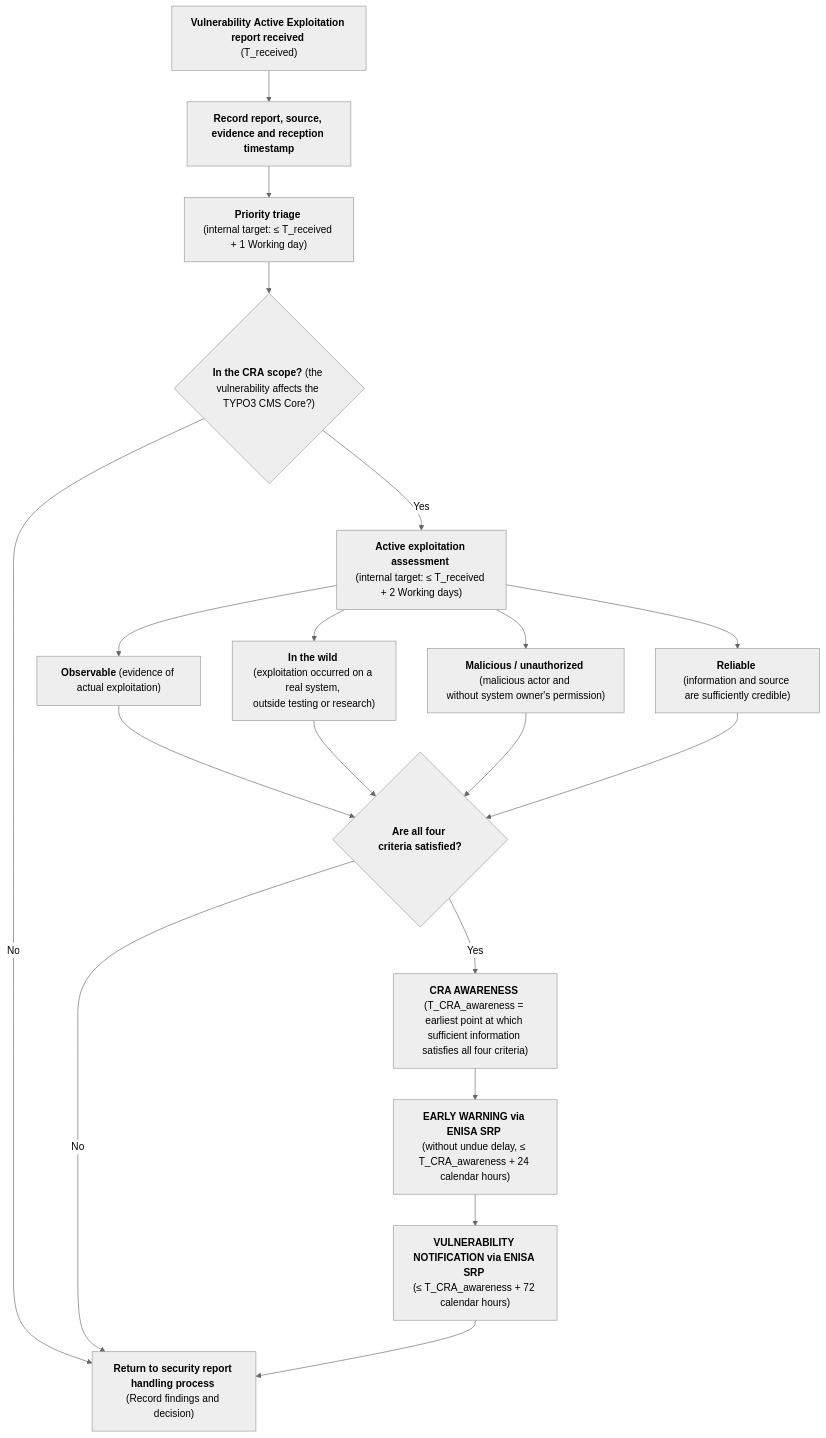
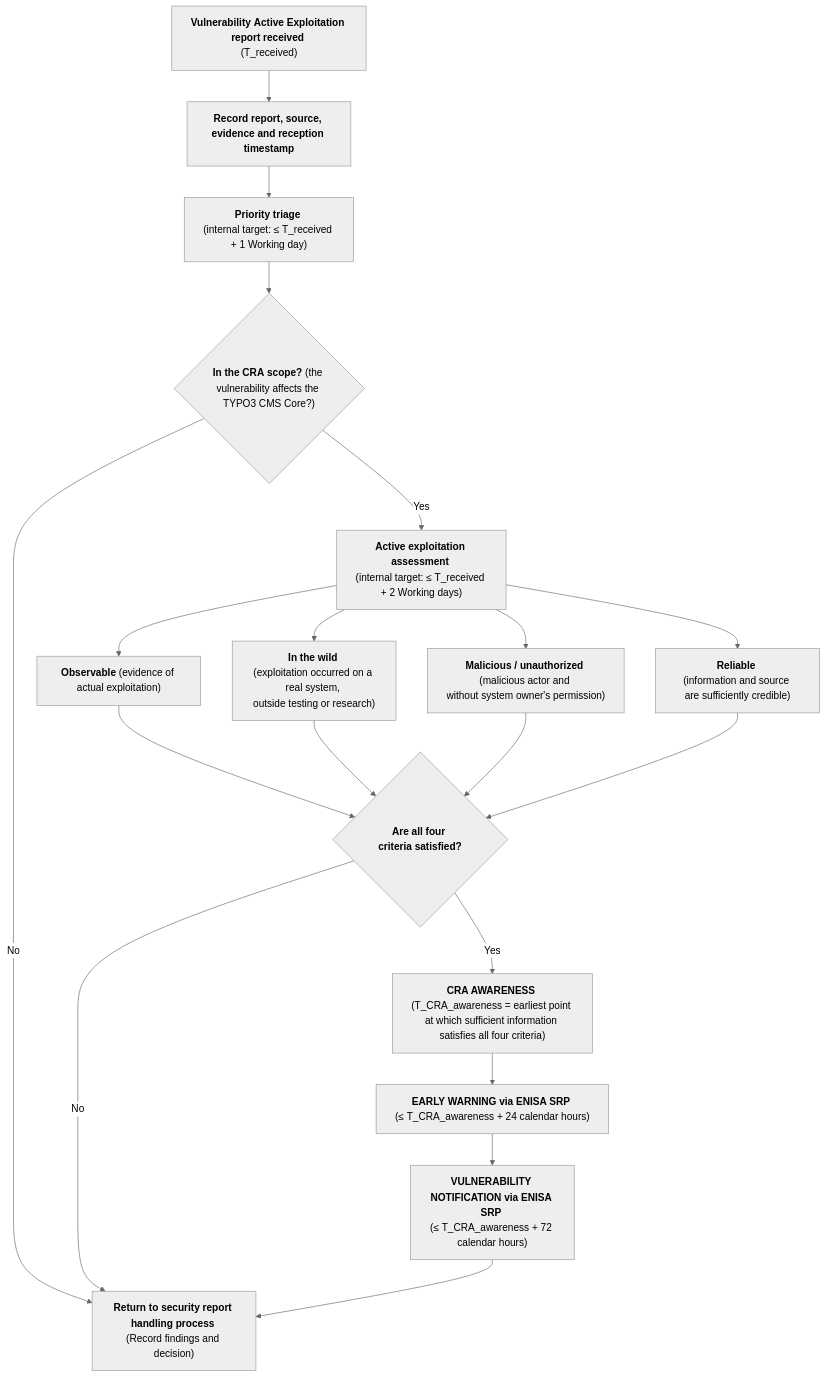
One commit to rfoucard/cra-fast-track changed the diagram in templates/actively-exploited-vulnerability-process.md. Above: the diagram before and after it, drawn with Mermaid (neutral theme).

````diff
--- a/templates/actively-exploited-vulnerability-process.md
+++ b/templates/actively-exploited-vulnerability-process.md
@@ -15,32 +15,32 @@
 ```mermaid
 flowchart TD
 
     A["<strong>Vulnerability&nbsp;Active&nbsp;Exploitation report received</strong> \n(T_received)"] --> B["<strong>Record&nbsp;report,&nbsp;source, evidence and reception timestamp</strong>"]
 
     B --> C["<strong>Priority triage</strong> \n(internal&nbsp;target:&nbsp;≤&nbsp;T_received + 1 Working day)"]
 
     C --> D{"<strong>In&nbsp;the&nbsp;CRA&nbsp;scope?</strong> (the vulnerability affects the TYPO3 CMS Core?)"}
 
     D -- "No" --> X["<strong>Return to security report handling process</strong> \n(Record findings and decision)"]
 
     D -- "Yes" --> E["<strong>Active exploitation assessment</strong> \n(internal&nbsp;target:&nbsp;≤&nbsp;T_received + 2 Working days)"]
 
     E --> F["<strong>Observable</strong> (evidence of actual&nbsp;exploitation)"]
     E --> G["<strong>In the wild</strong> (exploitation&nbsp;occurred on a real system, outside&nbsp;testing&nbsp;or&nbsp;research)"]
     E --> H["<strong>Malicious / unauthorized</strong> (malicious actor and without&nbsp;system&nbsp;owner's&nbsp;permission)"]
     E --> I["<strong>Reliable</strong> (information&nbsp;and&nbsp;source are&nbsp;sufficiently&nbsp;credible)"]
 
     F --> J{"<strong>Are all four criteria&nbsp;satisfied?</strong>"}
     G --> J
     H --> J
     I --> J
 
     J -- "No" --> X
-    J -- "Yes" --> L["<strong>CRA AWARENESS</strong> \n(T_CRA_awareness = earliest point at which sufficient information satisfies all four criteria)"]
+    J -- "Yes" --> L["<strong>CRA AWARENESS</strong> \n(T_CRA_awareness&nbsp;=&nbsp;earliest&nbsp;point at which sufficient information satisfies all four criteria)"]
 
-    L --> M["<strong>EARLY WARNING via ENISA SRP</strong> \n(without undue delay, ≤ T_CRA_awareness + 24 calendar hours)"]
+    L --> M["<strong>EARLY WARNING via ENISA SRP</strong> \n(≤&nbsp;T_CRA_awareness&nbsp;+&nbsp;24&nbsp;calendar&nbsp;hours)"]
 
-    M --> N["<strong>VULNERABILITY NOTIFICATION via ENISA SRP</strong> \n(≤ T_CRA_awareness + 72 calendar hours)"]
+    M --> N["<strong>VULNERABILITY NOTIFICATION via ENISA SRP</strong> \n(≤&nbsp;T_CRA_awareness&nbsp;+&nbsp;72 calendar&nbsp;hours)"]
 
     N --> X
 ```
````
